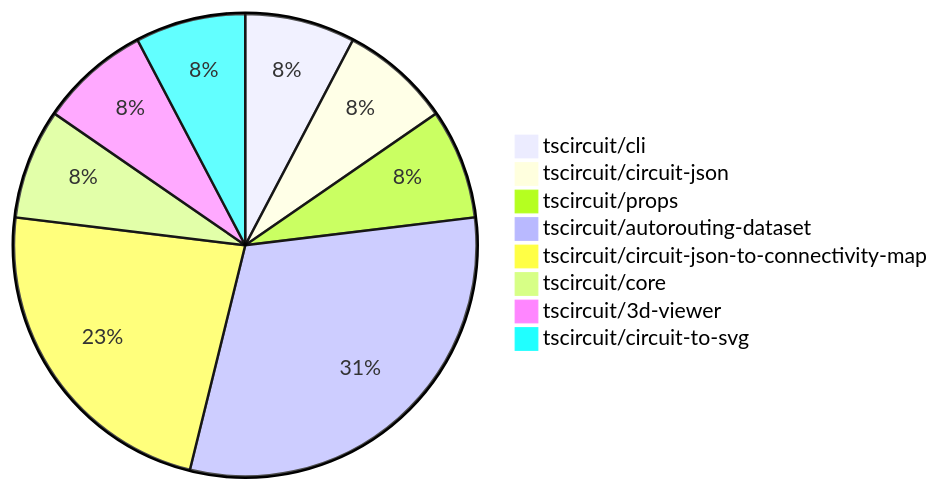
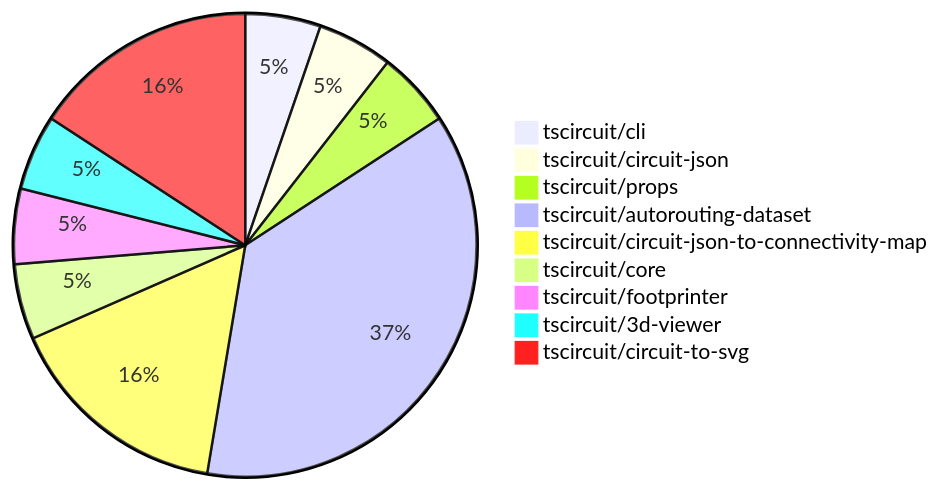
Before and after one commit to tscircuit/contribution-tracker: the diagram in contribution-overviews/2024-09-14.md, drawn with Mermaid. The commit also changed other lines of this file and 1 other file, not shown here.

````diff
--- a/contribution-overviews/2024-09-14.md
+++ b/contribution-overviews/2024-09-14.md
@@ -5,11 +5,12 @@
 ```mermaid
 pie
     "tscircuit/cli" : 1
     "tscircuit/circuit-json" : 1
     "tscircuit/props" : 1
-    "tscircuit/autorouting-dataset" : 4
+    "tscircuit/autorouting-dataset" : 7
     "tscircuit/circuit-json-to-connectivity-map" : 3
     "tscircuit/core" : 1
+    "tscircuit/footprinter" : 1
     "tscircuit/3d-viewer" : 1
-    "tscircuit/circuit-to-svg" : 1
+    "tscircuit/circuit-to-svg" : 3
 ```
````
